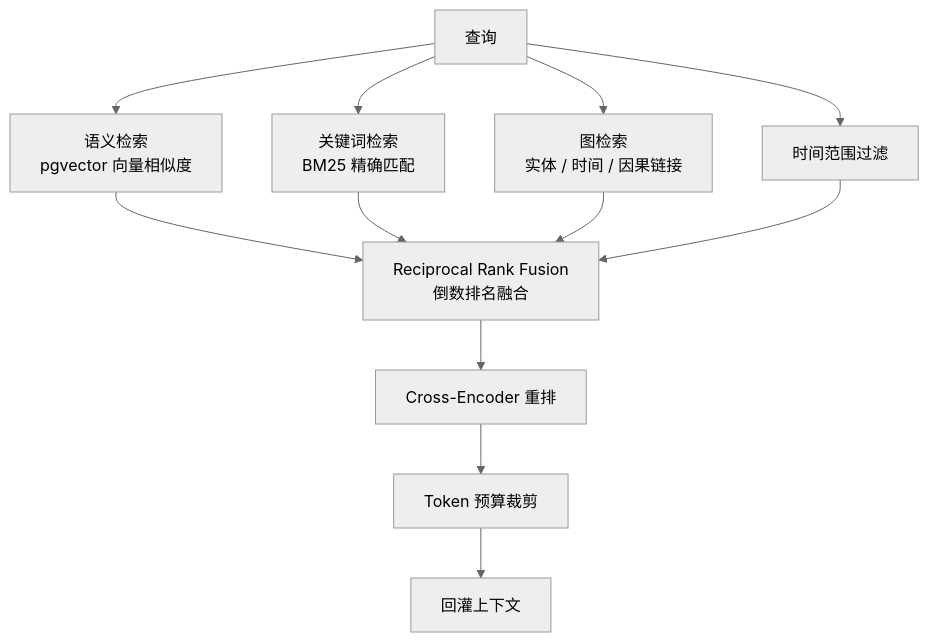
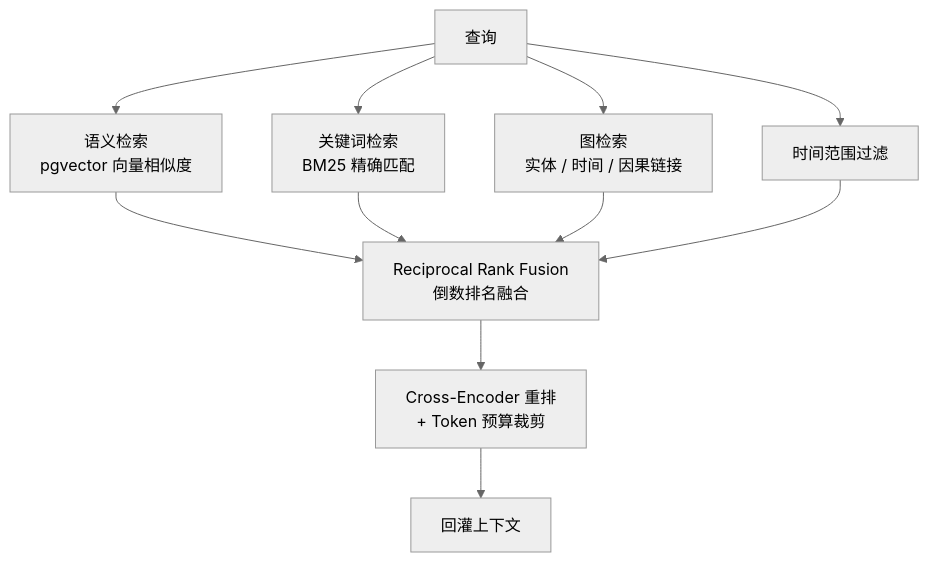
The diagram in source/_posts/hindsight-agent-memory-system.md (Hash-dogs/hexo-blog), drawn with Mermaid (neutral theme) before and after one commit. The commit also changed other lines of this file and 3 other files, not shown here.

First line of the commit message:
fix: 精简 mermaid 用法并修复加粗渲染缺陷

```diff
--- a/source/_posts/hindsight-agent-memory-system.md
+++ b/source/_posts/hindsight-agent-memory-system.md
@@ -124,14 +124,13 @@
 {% mermaid %}
 graph TD
     Q[查询] --> S1[语义检索<br/>pgvector 向量相似度]
     Q --> S2[关键词检索<br/>BM25 精确匹配]
     Q --> S3[图检索<br/>实体 / 时间 / 因果链接]
     Q --> S4[时间范围过滤]
     S1 --> R[Reciprocal Rank Fusion<br/>倒数排名融合]
     S2 --> R
     S3 --> R
     S4 --> R
-    R --> CE[Cross-Encoder 重排]
-    CE --> T[Token 预算裁剪]
-    T --> O[回灌上下文]
+    R --> CE[Cross-Encoder 重排<br/>+ Token 预算裁剪]
+    CE --> O[回灌上下文]
 {% endmermaid %}
```
